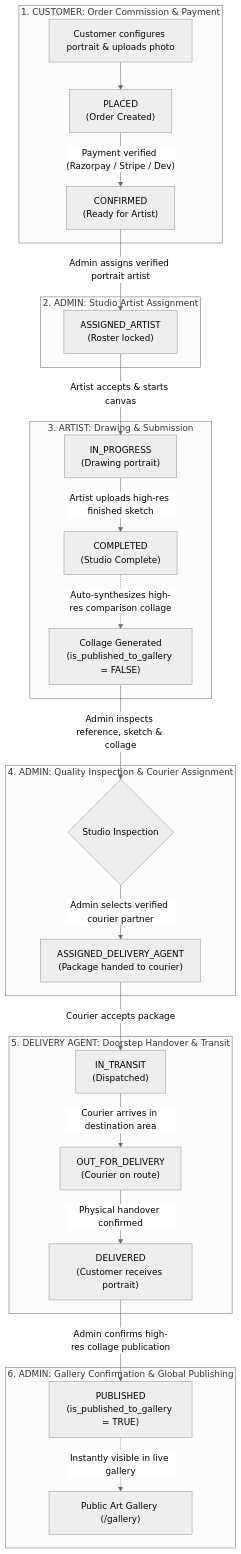
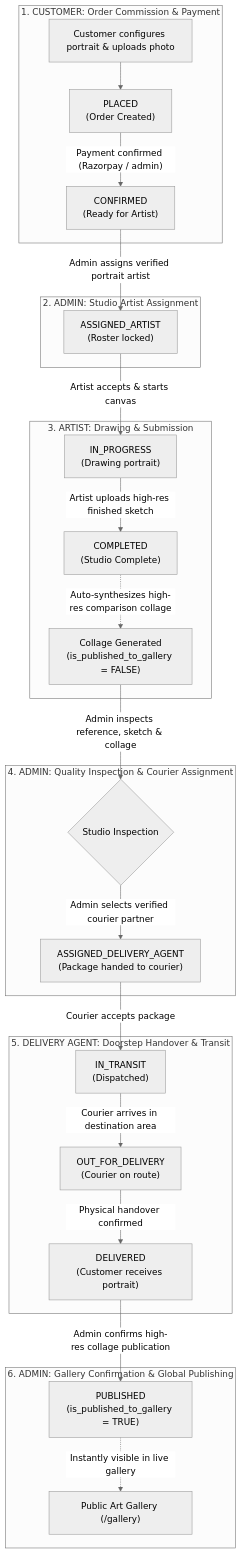
One commit to GaneshTerkar/artify-platform changed the diagram in README.md. Above: the diagram before and after it, drawn with Mermaid (neutral theme). The commit also changed other lines of this file and 30 other files, not shown here.

````diff
--- a/README.md
+++ b/README.md
@@ -139,33 +142,33 @@
 ```mermaid
 flowchart TD
     subgraph S1["1. CUSTOMER: Order Commission & Payment"]
         C_START["Customer configures portrait & uploads photo"] --> C_PLACE["PLACED<br/>(Order Created)"]
-        C_PLACE -->|"Payment verified (Razorpay / Stripe / Dev)"| A_CONF["CONFIRMED<br/>(Ready for Artist)"]
+        C_PLACE -->|"Payment confirmed (Razorpay / admin)"| A_CONF["CONFIRMED<br/>(Ready for Artist)"]
     end
 
     subgraph S2["2. ADMIN: Studio Artist Assignment"]
         A_CONF -->|"Admin assigns verified portrait artist"| ART_ASSIGN["ASSIGNED_ARTIST<br/>(Roster locked)"]
     end
 
     subgraph S3["3. ARTIST: Drawing & Submission"]
         ART_ASSIGN -->|"Artist accepts & starts canvas"| ART_PROG["IN_PROGRESS<br/>(Drawing portrait)"]
         ART_PROG -->|"Artist uploads high-res finished sketch"| COMPL["COMPLETED<br/>(Studio Complete)"]
         COMPL -.->|"Auto-synthesizes high-res comparison collage"| COLLAGE_GEN["Collage Generated<br/>(is_published_to_gallery = FALSE)"]
     end
 
     subgraph S4["4. ADMIN: Quality Inspection & Courier Assignment"]
         COLLAGE_GEN -->|"Admin inspects reference, sketch & collage"| ADM_INSPECT{"Studio Inspection"}
         ADM_INSPECT -->|"Admin selects verified courier partner"| DEL_ASSIGN["ASSIGNED_DELIVERY_AGENT<br/>(Package handed to courier)"]
     end
 
     subgraph S5["5. DELIVERY AGENT: Doorstep Handover & Transit"]
         DEL_ASSIGN -->|"Courier accepts package"| IN_TRANS["IN_TRANSIT<br/>(Dispatched)"]
         IN_TRANS -->|"Courier arrives in destination area"| OUT_DEL["OUT_FOR_DELIVERY<br/>(Courier on route)"]
         OUT_DEL -->|"Physical handover confirmed"| DELIVERED["DELIVERED<br/>(Customer receives portrait)"]
     end
 
     subgraph S6["6. ADMIN: Gallery Confirmation & Global Publishing"]
         DELIVERED -->|"Admin confirms high-res collage publication"| PUB["PUBLISHED<br/>(is_published_to_gallery = TRUE)"]
         PUB -.->|"Instantly visible in live gallery"| GALLERY_LIVE["Public Art Gallery (/gallery)"]
     end
 ```
````
